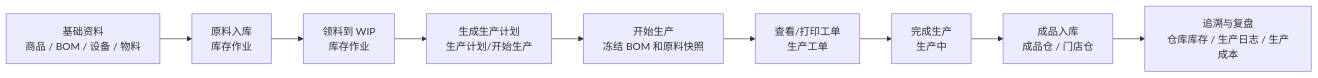
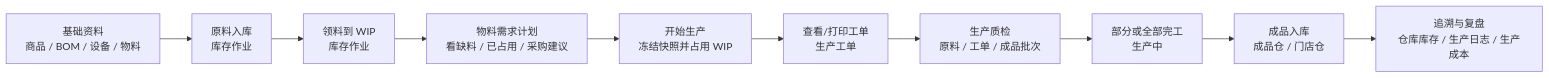
Before and after one commit to Backstage2539/KFerp: the first of 4 diagrams in orderapp-remote/docs/production-flow-user-manual.md, drawn with Mermaid. The commit also changed other lines of this file and 30 other files, not shown here.

Commit message:
feat: add manufacturing planning quality flow

````diff
--- a/orderapp-remote/docs/production-flow-user-manual.md
+++ b/orderapp-remote/docs/production-flow-user-manual.md
@@ -7,11 +7,12 @@
 ```mermaid
 flowchart LR
   A["基础资料<br/>商品 / BOM / 设备 / 物料"] --> B["原料入库<br/>库存作业"]
   B --> C["领料到 WIP<br/>库存作业"]
-  C --> D["生成生产计划<br/>生产计划/开始生产"]
-  D --> E["开始生产<br/>冻结 BOM 和原料快照"]
+  C --> D["物料需求计划<br/>看缺料 / 已占用 / 采购建议"]
+  D --> E["开始生产<br/>冻结快照并占用 WIP"]
   E --> F["查看/打印工单<br/>生产工单"]
-  F --> G["完成生产<br/>生产中"]
+  F --> Q["生产质检<br/>原料 / 工单 / 成品批次"]
+  Q --> G["部分或全部完工<br/>生产中"]
   G --> H["成品入库<br/>成品仓 / 门店仓"]
   H --> I["追溯与复盘<br/>仓库库存 / 生产日志 / 生产成本"]
 ```
````
